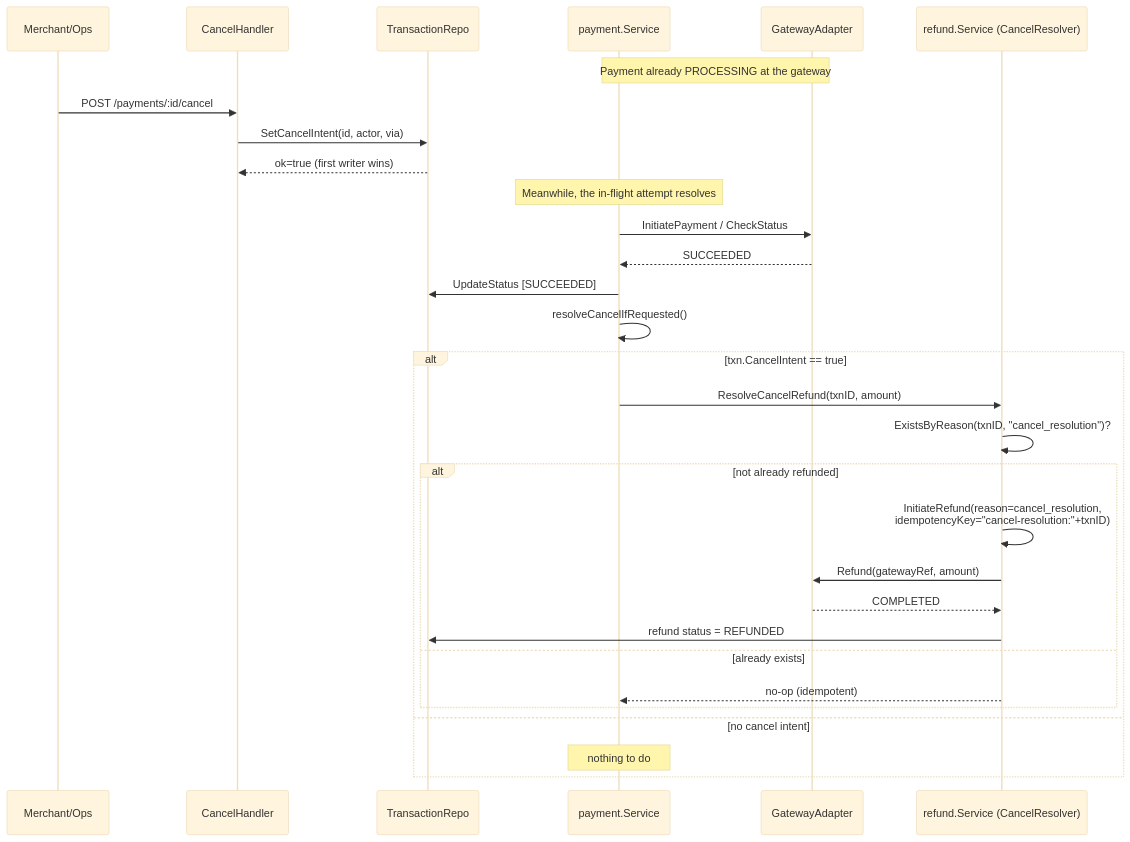
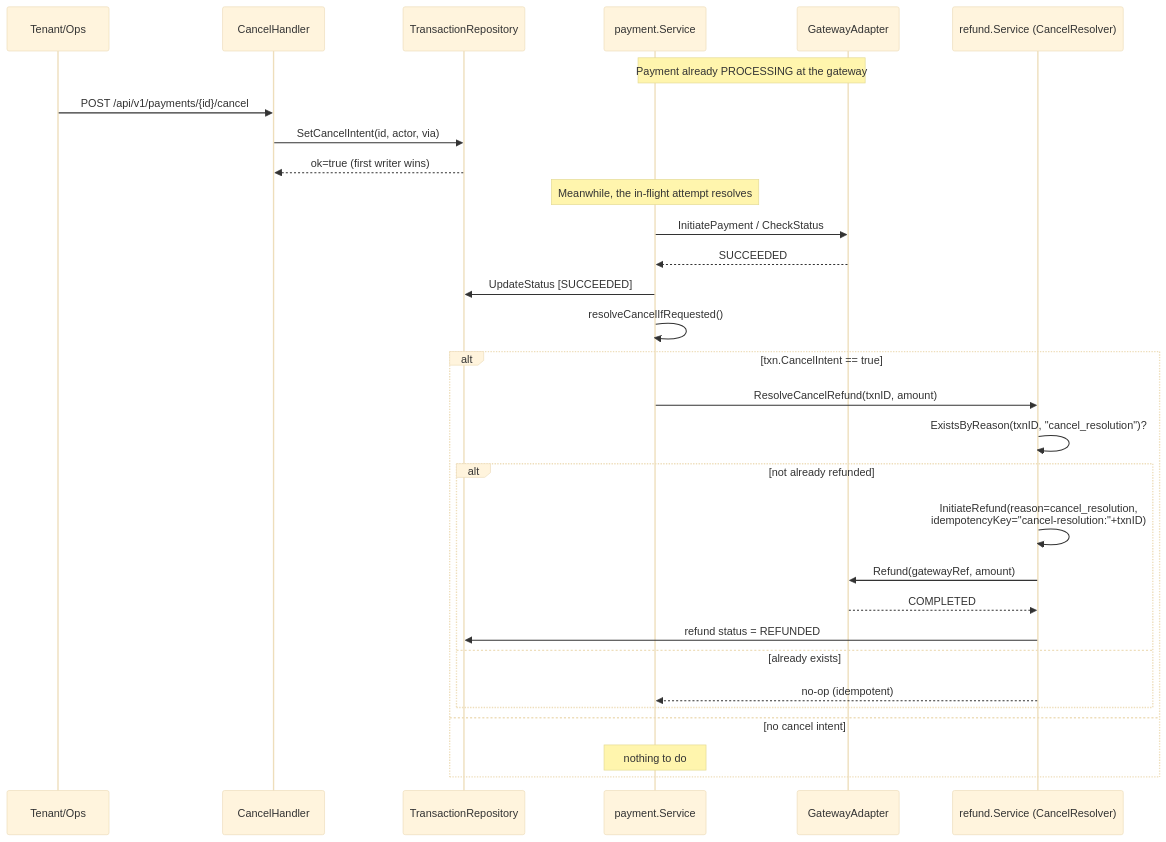
The ninth of 10 diagrams in README.md (flyluman/payment-service), drawn with Mermaid (base theme) before and after one commit. The commit also changed other lines of this file and 246 other files, not shown here.

````diff
--- a/README.md
+++ b/README.md
@@ -519,37 +520,37 @@
 ```mermaid
 sequenceDiagram
-    participant Ops as Merchant/Ops
+    participant Ops as Tenant/Ops
     participant CancelH as CancelHandler
-    participant Repo as TransactionRepo
+    participant Repo as TransactionRepository
     participant PaySvc as payment.Service
     participant GW as GatewayAdapter
     participant RefundSvc as refund.Service (CancelResolver)
 
     Note over PaySvc,GW: Payment already PROCESSING at the gateway
 
-    Ops->>CancelH: POST /payments/:id/cancel
+    Ops->>CancelH: POST /api/v1/payments/{id}/cancel
     CancelH->>Repo: SetCancelIntent(id, actor, via)
     Repo-->>CancelH: ok=true (first writer wins)
 
     Note over PaySvc: Meanwhile, the in-flight attempt resolves
 
     PaySvc->>GW: InitiatePayment / CheckStatus
     GW-->>PaySvc: SUCCEEDED
 
     PaySvc->>Repo: UpdateStatus [SUCCEEDED]
     PaySvc->>PaySvc: resolveCancelIfRequested()
     alt txn.CancelIntent == true
         PaySvc->>RefundSvc: ResolveCancelRefund(txnID, amount)
         RefundSvc->>RefundSvc: ExistsByReason(txnID, "cancel_resolution")?
         alt not already refunded
             RefundSvc->>RefundSvc: InitiateRefund(reason=cancel_resolution,<br/>idempotencyKey="cancel-resolution:"+txnID)
             RefundSvc->>GW: Refund(gatewayRef, amount)
             GW-->>RefundSvc: COMPLETED
             RefundSvc->>Repo: refund status = REFUNDED
         else already exists
             RefundSvc-->>PaySvc: no-op (idempotent)
         end
     else no cancel intent
         Note over PaySvc: nothing to do
     end
 ```
````
